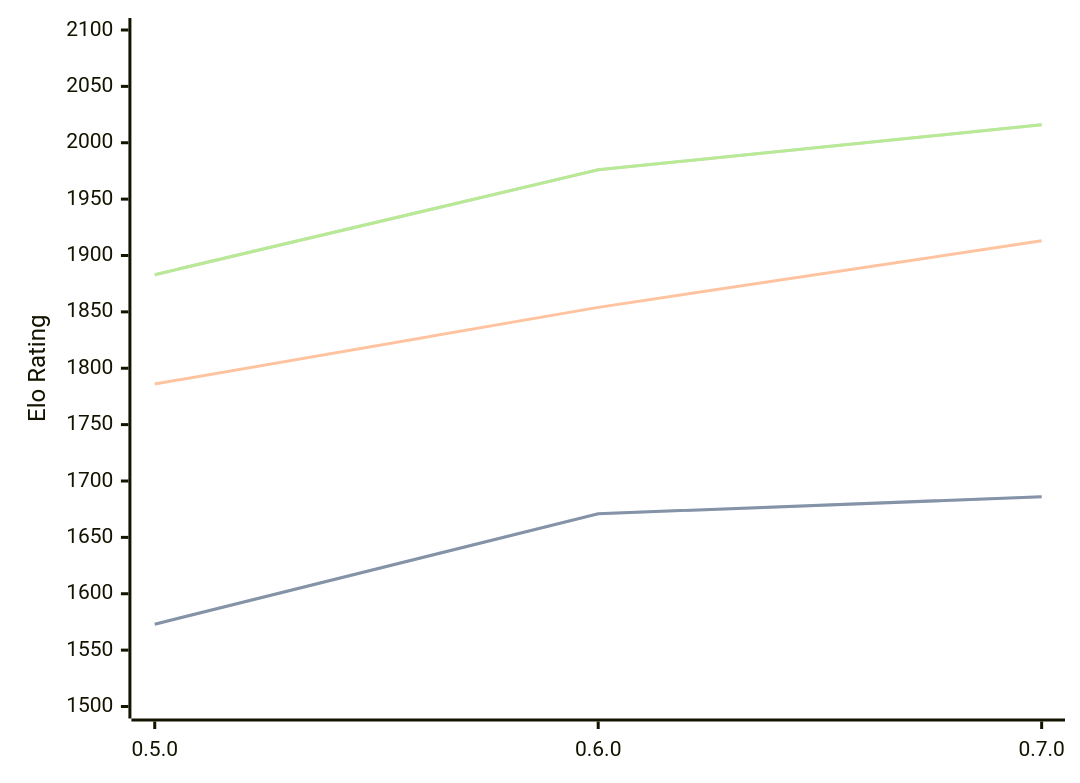
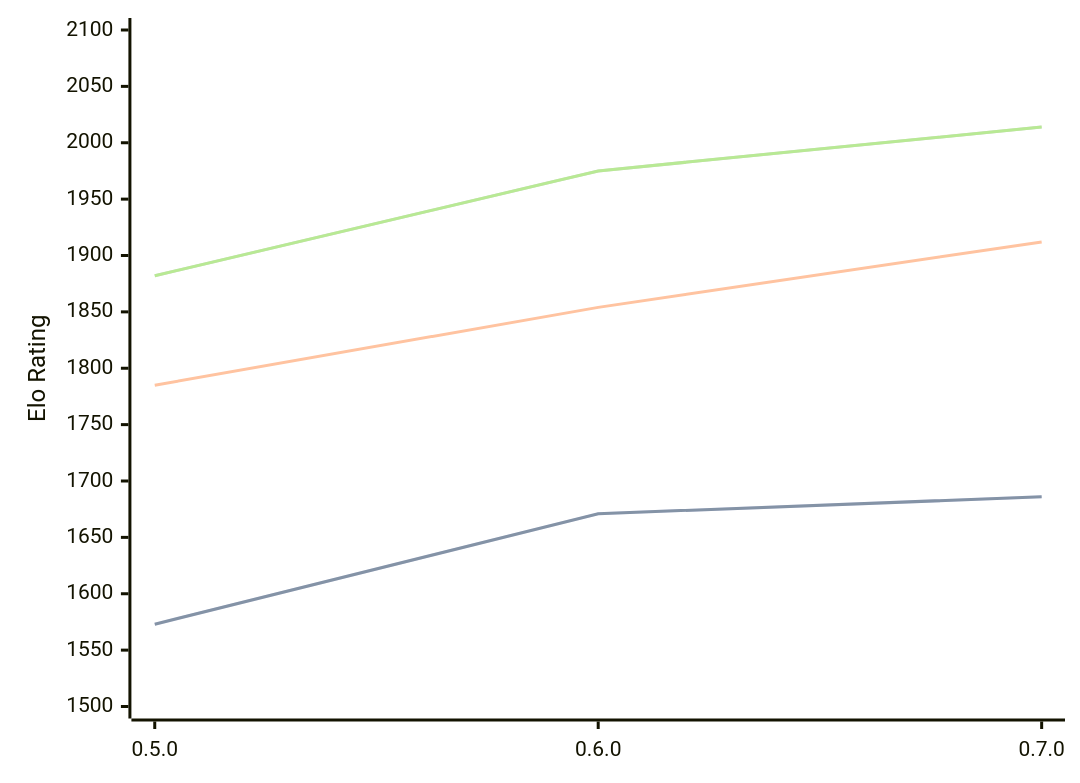
One commit to computer-chess-index/cci changed the third of 3 diagrams in engines/Chess-rs.md. Above: the diagram before and after it, drawn with Mermaid. The commit also changed other lines of this file, not shown here.

Commit message:
Update CCI Ratings (ELO VLTC) - 2026-06-26

````diff
--- a/engines/Chess-rs.md
+++ b/engines/Chess-rs.md
@@ -74,11 +74,11 @@
 ```mermaid
 %%{init: {"theme":"base","themeVariables":{"seriesColors:['#a3a3a3','#222221','#faa371']}}}%%
 xychart-beta
   x-axis ["0.5.0", "0.6.0", "0.7.0"]
   y-axis "Elo Rating" 1500 --> 2100
   line "STC (8.0+0.08s)" [1573, 1671, 1686]
   line "STC (8.0+0.08s)" [1573, 1671, 1686]
-  line "LTC (60.0+0.60s)" [1786, 1854, 1913]
-  line "VLTC (2m24s+1.12s)" [1883, 1976, 2016]
-  line "VLTC (2m24s+1.12s)" [1883, 1976, 2016]
+  line "LTC (60.0+0.60s)" [1785, 1854, 1912]
+  line "VLTC (2m24s+1.12s)" [1882, 1975, 2014]
+  line "VLTC (2m24s+1.12s)" [1882, 1975, 2014]
 ```
````
